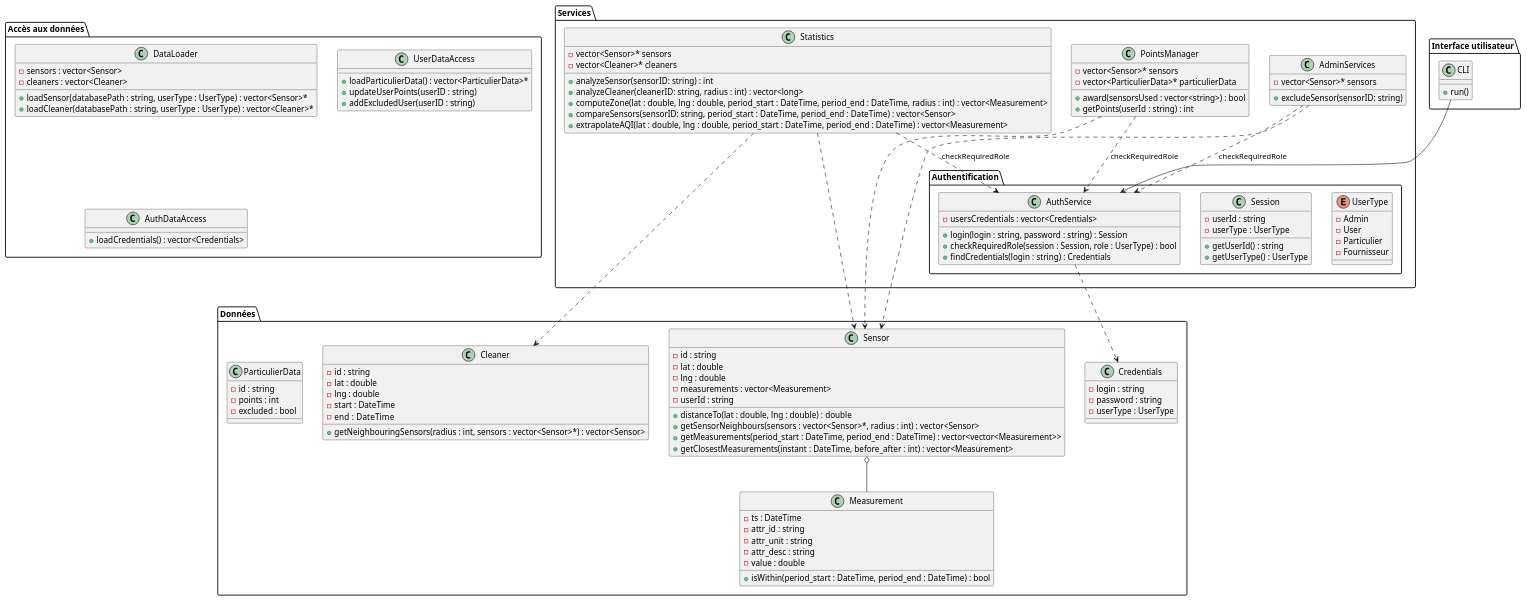
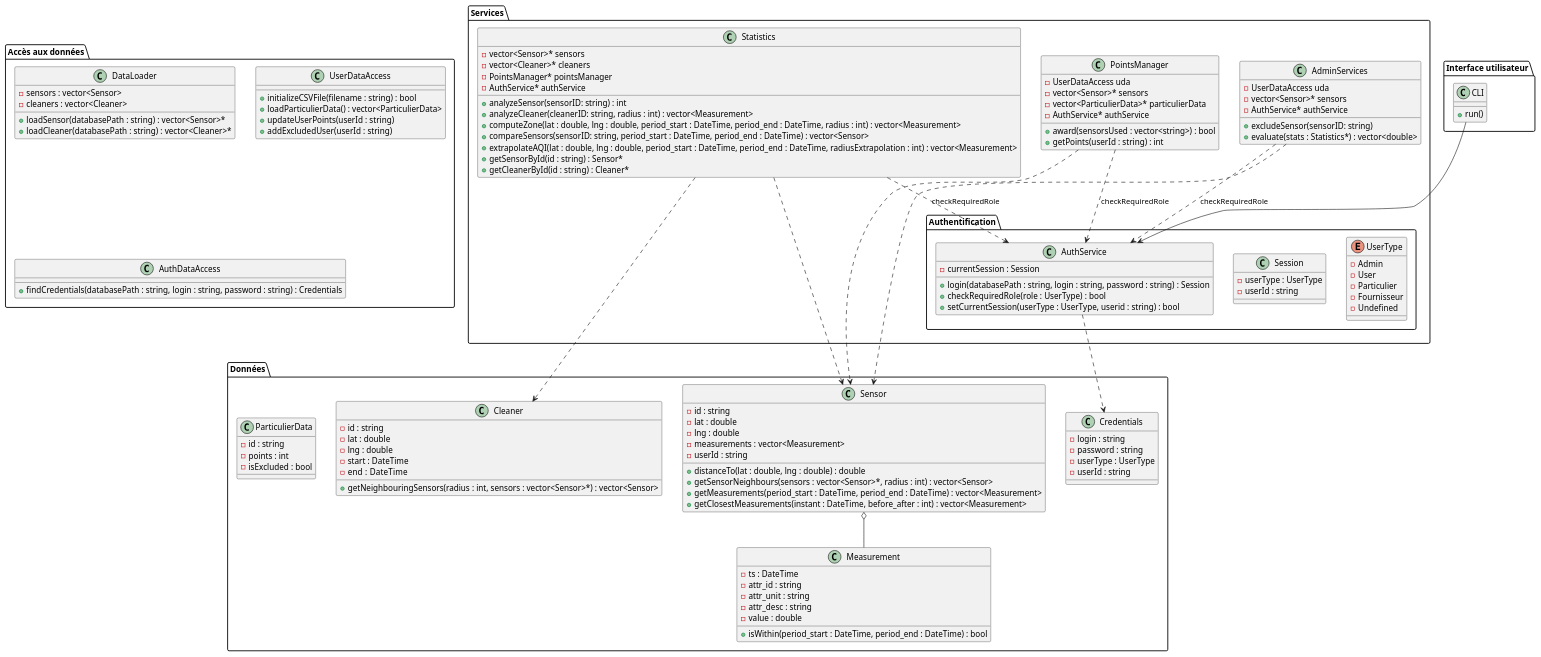
One commit to ldureuil/3IF_AirWatcher changed the diagram in UML/MCD.puml. Above: the diagram before and after it, drawn with PlantUML. The commit also changed 9 other files, not shown here.

```diff
--- a/UML/MCD.puml
+++ b/UML/MCD.puml
@@ -1,138 +1,148 @@
 @startuml MCD
 
 package "Données" {
     class Sensor {
     - id : string
     - lat : double
     - lng : double
     - measurements : vector<Measurement>
     - userId : string
     + distanceTo(lat : double, lng : double) : double
     + getSensorNeighbours(sensors : vector<Sensor>*, radius : int) : vector<Sensor>
-    + getMeasurements(period_start : DateTime, period_end : DateTime) : vector<vector<Measurement>>
+    + getMeasurements(period_start : DateTime, period_end : DateTime) : vector<Measurement>
     + getClosestMeasurements(instant : DateTime, before_after : int) : vector<Measurement>
     }
 
     class Measurement {
     - ts : DateTime
     - attr_id : string
     - attr_unit : string
     - attr_desc : string
     - value : double
     + isWithin(period_start : DateTime, period_end : DateTime) : bool
     }
 
     class Cleaner {
     - id : string
     - lat : double
     - lng : double
     - start : DateTime
     - end  : DateTime
     + getNeighbouringSensors(radius : int, sensors : vector<Sensor>*) : vector<Sensor>
     }
 
     class Credentials {
     - login : string
     - password : string
     - userType : UserType
+    - userId : string
     }
 
     class ParticulierData {
     - id : string
     - points : int
-    - excluded : bool
+    - isExcluded : bool
     }
 }
 
 
 package "Services" {
     class Statistics {
     - vector<Sensor>* sensors
     - vector<Cleaner>* cleaners
+    - PointsManager* pointsManager
+    - AuthService* authService
     + analyzeSensor(sensorID: string) : int
-    + analyzeCleaner(cleanerID: string, radius : int) : vector<long>
+    + analyzeCleaner(cleanerID: string, radius : int) : vector<Measurement>
     + computeZone(lat : double, lng : double, period_start : DateTime, period_end : DateTime, radius : int) : vector<Measurement>
     + compareSensors(sensorID: string, period_start : DateTime, period_end : DateTime) : vector<Sensor>
-    + extrapolateAQI(lat : double, lng : double, period_start : DateTime, period_end : DateTime) : vector<Measurement>
+    + extrapolateAQI(lat : double, lng : double, period_start : DateTime, period_end : DateTime, radiusExtrapolation : int) : vector<Measurement>
+    + getSensorById(id : string) : Sensor*
+    + getCleanerById(id : string) : Cleaner*
     }
 
     class PointsManager {
+    - UserDataAccess uda
     - vector<Sensor>* sensors
     - vector<ParticulierData>* particulierData
+    - AuthService* authService
     + award(sensorsUsed : vector<string>) : bool
     + getPoints(userId : string) : int
     }
 
     class AdminServices {
+    - UserDataAccess uda
     - vector<Sensor>* sensors
+    - AuthService* authService
     + excludeSensor(sensorID: string)
+    + evaluate(stats : Statistics*) : vector<double>
     }
 
     package "Authentification" {
         enum UserType {
         - Admin
         - User
         - Particulier
         - Fournisseur
+        - Undefined
         }
 
         class Session {
+        - userType : UserType
         - userId : string
-        - userType : UserType
-        + getUserId() : string
-        + getUserType() : UserType
         }
 
         class AuthService {
-        - usersCredentials : vector<Credentials>
-        + login(login : string, password : string) : Session
-        + checkRequiredRole(session : Session, role : UserType) : bool
-        + findCredentials(login : string) : Credentials
+        - currentSession : Session
+        + login(databasePath : string, login : string, password : string) : Session
+        + checkRequiredRole(role : UserType) : bool
+        + setCurrentSession(userType : UserType, userid : string) : bool
         }
     }
 }
 
 
 package "Accès aux données" {
     class DataLoader {
     - sensors : vector<Sensor>
     - cleaners : vector<Cleaner>
-    + loadSensor(databasePath : string, userType : UserType) : vector<Sensor>*
-    + loadCleaner(databasePath : string, userType : UserType) : vector<Cleaner>*
+    + loadSensor(databasePath : string) : vector<Sensor>*
+    + loadCleaner(databasePath : string) : vector<Cleaner>*
     }
 
     class UserDataAccess {
-    + loadParticulierData() : vector<ParticulierData>*
-    + updateUserPoints(userID : string)
-    + addExcludedUser(userID : string)
+    + initializeCSVFile(filename : string) : bool
+    + loadParticulierData() : vector<ParticulierData>
+    + updateUserPoints(userId : string)
+    + addExcludedUser(userId : string)
     }
 
     class AuthDataAccess {
-    + loadCredentials() : vector<Credentials>
+    + findCredentials(databasePath : string, login : string, password : string) : Credentials
     }
 }
 
 
 package "Interface utilisateur" {
     class CLI {
     + run()
     }
 }
 
 
 
 Sensor  o-- Measurement
 
 CLI --> AuthService
 
 Statistics     ..> AuthService : checkRequiredRole
 PointsManager  ..> AuthService : checkRequiredRole
 AdminServices  ..> AuthService : checkRequiredRole
 
 Statistics     ..> Cleaner
 Statistics     ..> Sensor
 PointsManager  ..> Sensor
 AdminServices  ..> Sensor
 
 AuthService ..> Credentials
 @enduml
```
